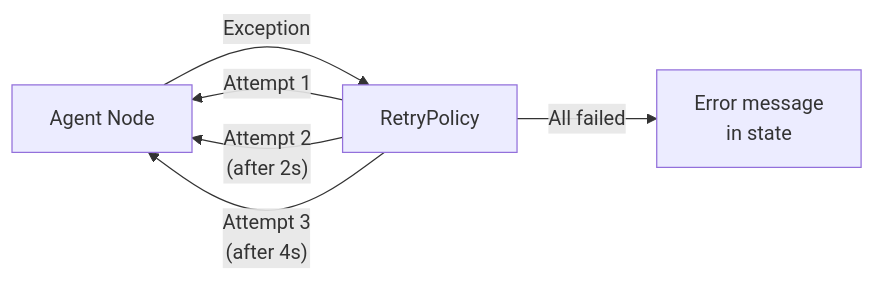
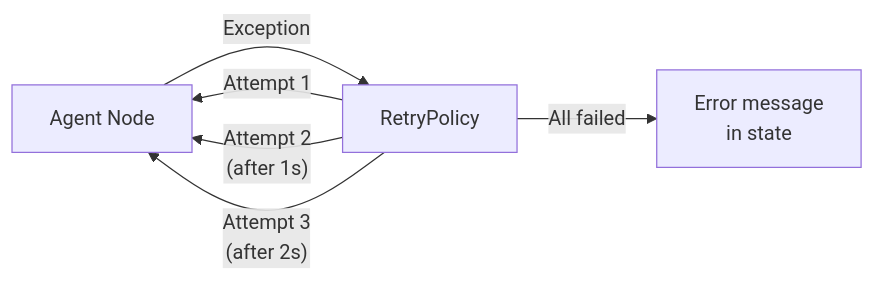
The seventh of 10 diagrams in doc/architecture.md (himanshu231204/AlphaResearch-AI), drawn with Mermaid before and after one commit. The commit also changed other lines of this file and 4 other files, not shown here.

````diff
--- a/doc/architecture.md
+++ b/doc/architecture.md
@@ -249,8 +250,8 @@
 ```mermaid
 flowchart LR
     A["Agent Node"] -->|"Exception"| R["RetryPolicy"]
     R -->|"Attempt 1"| A
-    R -->|"Attempt 2<br/>(after 2s)"| A
-    R -->|"Attempt 3<br/>(after 4s)"| A
+    R -->|"Attempt 2<br/>(after 1s)"| A
+    R -->|"Attempt 3<br/>(after 2s)"| A
     R -->|"All failed"| ERR["Error message<br/>in state"]
 ```
````
